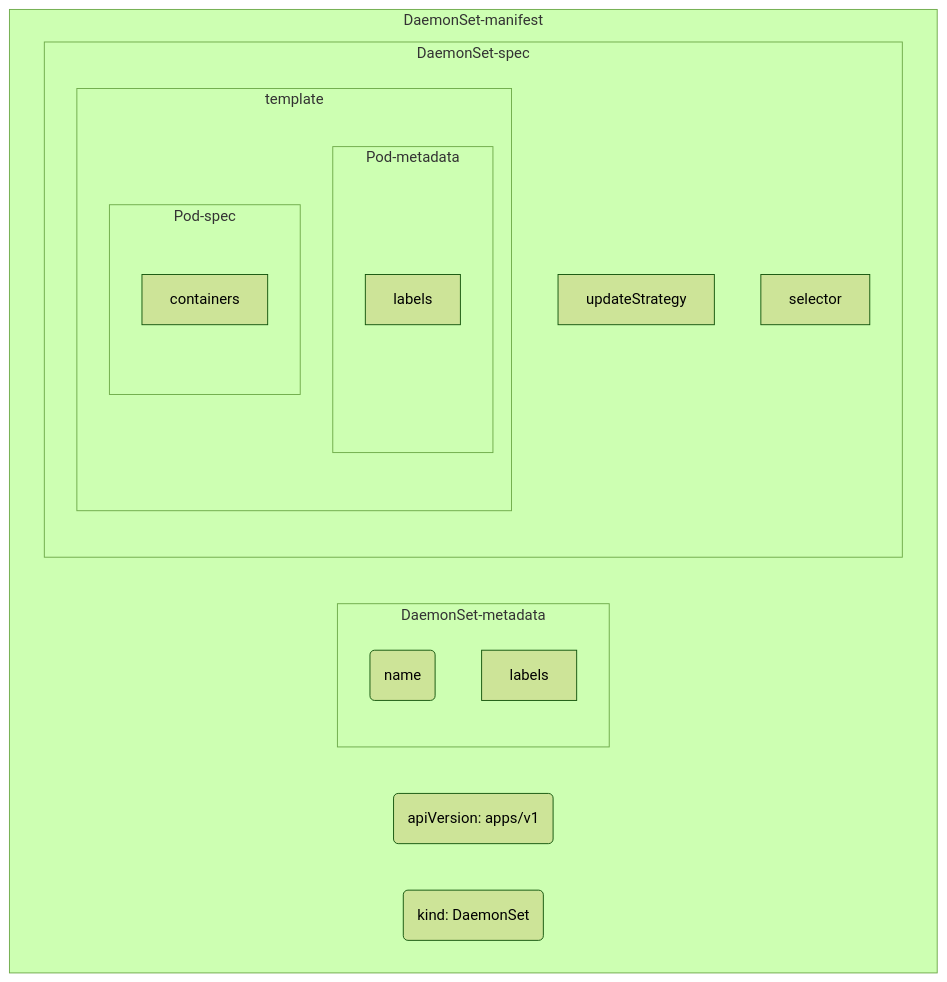
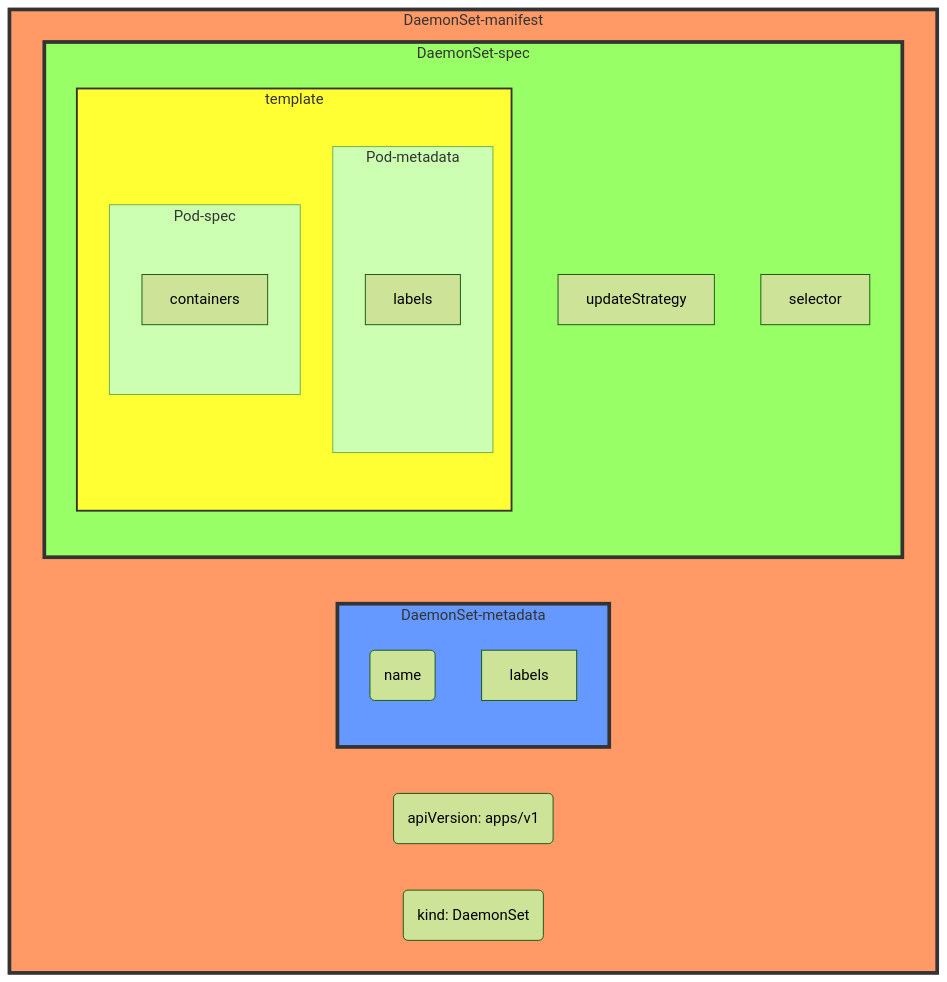
Before and after one commit to amcginlay/k8s-primer: the diagram in content/022_deploy_a_daemonset/_index.md, drawn with Mermaid (forest theme). The commit also changed other lines of this file, not shown here.

```diff
--- a/content/022_deploy_a_daemonset/_index.md
+++ b/content/022_deploy_a_daemonset/_index.md
@@ -350,23 +41,32 @@
 {{< mermaid >}}
 graph TB
 subgraph DaemonSet-manifest
   apiVersion(apiVersion: apps/v1)
   kind(kind: DaemonSet)
   subgraph DaemonSet-metadata
     name(name)
     deploymentLabels[labels]
   end
   subgraph DaemonSet-spec
     updateStrategy
     selector
     subgraph template
       subgraph Pod-metadata
         podLabels[labels]
       end
       subgraph Pod-spec
         containers
       end
     end
   end
-end
+end 
+
+classDef green fill:#9f6,stroke:#333,stroke-width:4px;
+classDef orange fill:#f96,stroke:#333,stroke-width:4px;
+classDef blue fill:#69f,stroke:#333,stroke-width:4px;
+classDef yellow fill:#ff3,stroke:#333,stroke-width:2px;
+class DaemonSet-manifest orange;
+class DaemonSet-metadata blue;
+class DaemonSet-spec green;
+class template yellow;
 {{< /mermaid >}}
```
